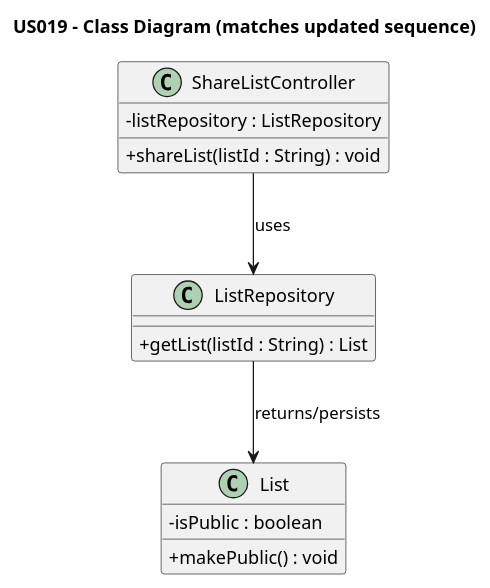
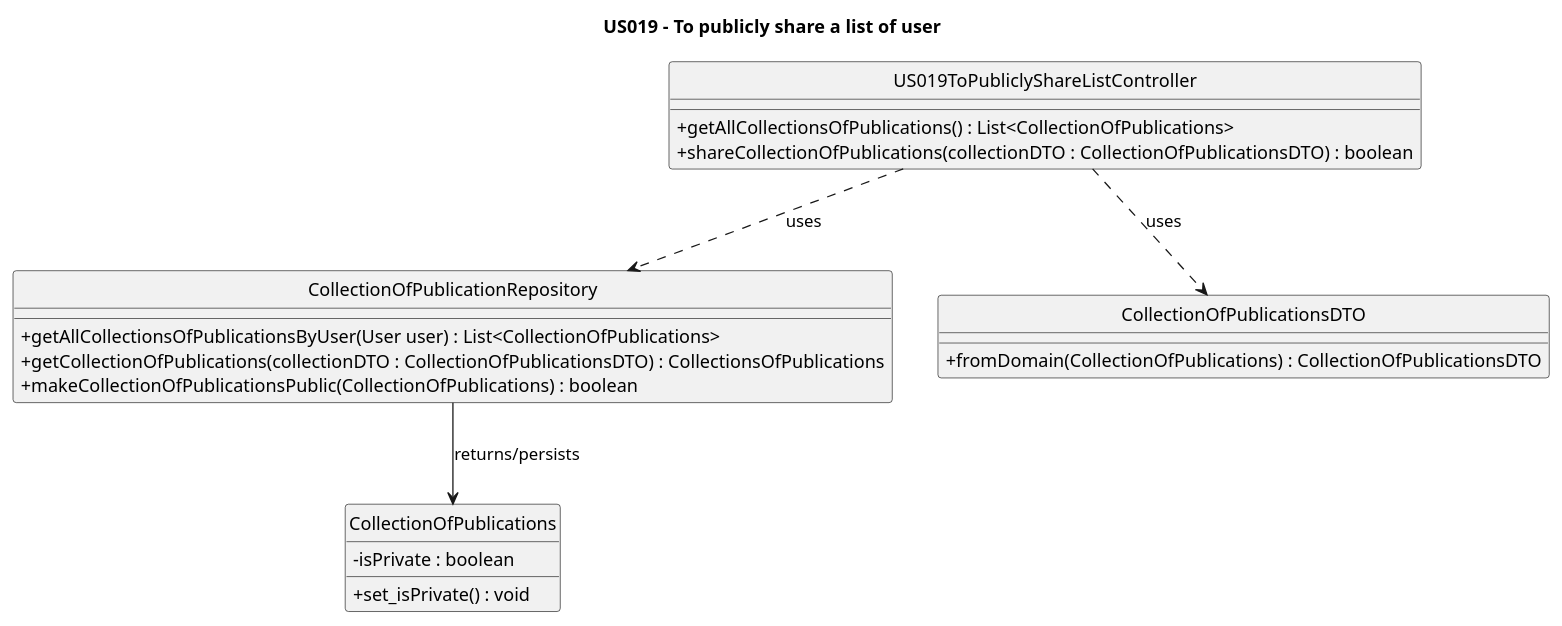
Before and after one commit to AndrePereiraGitH/SWitCH-Project-Team_A: the diagram in Diagrams/ClassDiagrams/US019-to-publicly-share-a-list.puml, drawn with PlantUML. The commit also changed 1 other file, not shown here.

Commit message:
Working on #145 - Class Diagram

```diff
--- a/Diagrams/ClassDiagrams/US019-to-publicly-share-a-list.puml
+++ b/Diagrams/ClassDiagrams/US019-to-publicly-share-a-list.puml
@@ -1,23 +1,33 @@
 @startuml
+hide circle
 skinparam classAttributeIconSize 0
 
-title US019 - Class Diagram (matches updated sequence)
+title US019 - To publicly share a list of user
 
-class ShareListController {
-  -listRepository : ListRepository
-  +shareList(listId : String) : void
+class US019ToPubliclyShareListController {
+  '-collectionOfPublicationsRepository : CollectionOfPublicationRepository
+  +getAllCollectionsOfPublications() : List<CollectionOfPublications>
+  +shareCollectionOfPublications(collectionDTO : CollectionOfPublicationsDTO) : boolean
 }
 
-class ListRepository {
-  +getList(listId : String) : List
+class CollectionOfPublicationRepository {
+  +getAllCollectionsOfPublicationsByUser(User user) : List<CollectionOfPublications>
+  +getCollectionOfPublications(collectionDTO : CollectionOfPublicationsDTO) : CollectionsOfPublications
+  +makeCollectionOfPublicationsPublic(CollectionOfPublications) : boolean
 }
 
-class List {
-  -isPublic : boolean
-  +makePublic() : void
+class CollectionOfPublications {
+  -isPrivate : boolean
+  +set_isPrivate() : void
 }
 
-ShareListController --> ListRepository : uses
-ListRepository --> List : returns/persists
+class CollectionOfPublicationsDTO {
 
+    +fromDomain(CollectionOfPublications) : CollectionOfPublicationsDTO
+
+}
+
+US019ToPubliclyShareListController ..> CollectionOfPublicationRepository : uses
+CollectionOfPublicationRepository --> CollectionOfPublications : returns/persists
+US019ToPubliclyShareListController ..> CollectionOfPublicationsDTO : uses
 @enduml
```
